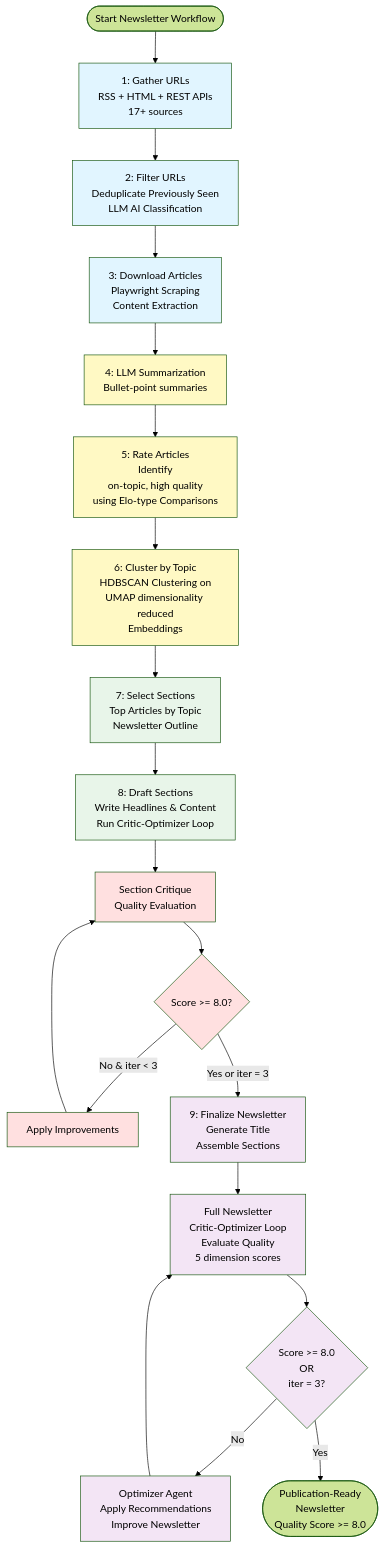
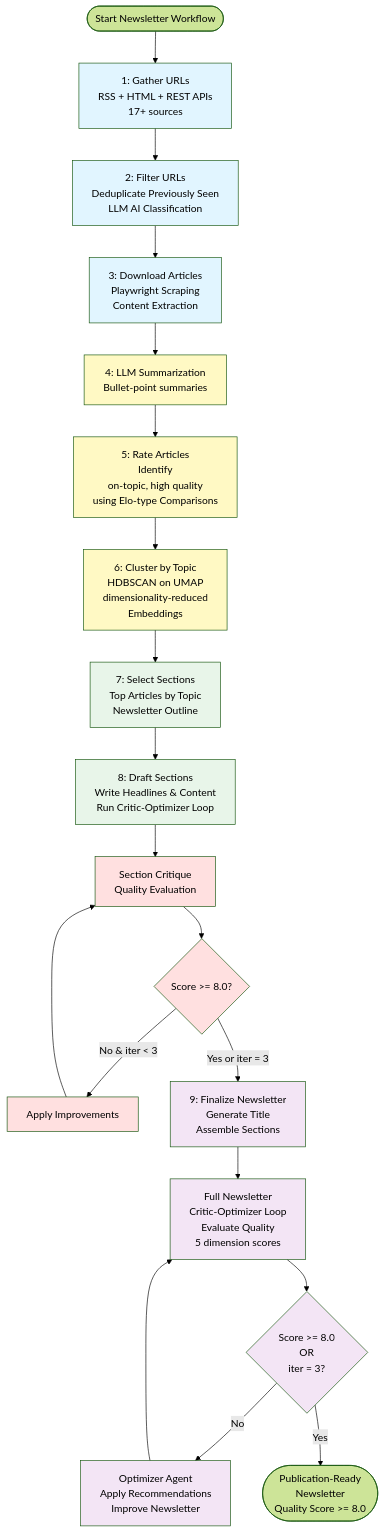
Before and after one commit to druce/OpenAIAgentsSDK: the diagram in README.md, drawn with Mermaid (forest theme).

````diff
--- a/README.md
+++ b/README.md
@@ -9,49 +9,49 @@
 ```mermaid
   flowchart TD
       Start([Start Newsletter Workflow]) --> Step1[1: Gather URLs<br/>RSS + HTML + REST APIs<br/>17+ sources]
 
       Step1 --> Step2[2: Filter URLs<br/>Deduplicate Previously Seen<br/>LLM AI Classification<br/>]
 
       Step2 --> Step3[3: Download Articles<br/>Playwright Scraping<br/>Content Extraction]
 
       Step3 --> Step4[4: LLM Summarization<br/>Bullet-point summaries]
 
       Step4 --> Step5[5: Rate Articles<br/>Identify<br/>on-topic, high quality<br/>using Elo-type Comparisons]
 
-      Step5 --> Step6[6: Cluster by Topic<br/>HDBSCAN Clustering on<br/>UMAP dimensionality reduced<br/>Embeddings]
+      Step5 --> Step6[6: Cluster by Topic<br/>HDBSCAN on UMAP<br/>dimensionality-reduced<br/>Embeddings]
 
       Step6 --> Step7[7: Select Sections<br/>Top Articles by Topic<br/>Newsletter Outline]
 
       Step7 --> Step8[8: Draft Sections<br/>Write Headlines & Content<br/>Run Critic-Optimizer Loop]
 
       Step8 --> Critique8[Section Critique<br/>Quality Evaluation]
       Critique8 --> Check8{Score >= 8.0?}
       Check8 -->|No & iter < 3| Improve8[Apply Improvements]
       Improve8 --> Critique8
       Check8 -->|Yes or iter = 3| Step9[9: Finalize Newsletter<br/>Generate Title<br/>Assemble Sections]
 
       Step9 --> Critique9[Full Newsletter<br/>Critic-Optimizer Loop<br/>Evaluate Quality<br/>5 dimension scores]
 
       Critique9 --> Check9{Score >= 8.0<br/>OR<br/>iter = 3?}
 
       Check9 -->|No| Optimizer[Optimizer Agent<br/>Apply Recommendations<br/>Improve Newsletter]
       Optimizer --> Critique9
 
       Check9 -->|Yes| Final([Publication-Ready<br>Newsletter<br/>Quality Score >= 8.0])
 
       style Step1 fill:#e1f5ff
       style Step2 fill:#e1f5ff
       style Step3 fill:#e1f5ff
       style Step4 fill:#fff9c4
       style Step5 fill:#fff9c4
       style Step6 fill:#fff9c4
       style Step7 fill:#e8f5e9
       style Step8 fill:#e8f5e9
       style Critique8 fill:#ffe0e0
       style Check8 fill:#ffe0e0
       style Improve8 fill:#ffe0e0
       style Step9 fill:#f3e5f5
       style Critique9 fill:#f3e5f5
       style Check9 fill:#f3e5f5
       style Optimizer fill:#f3e5f5
   ```
````
